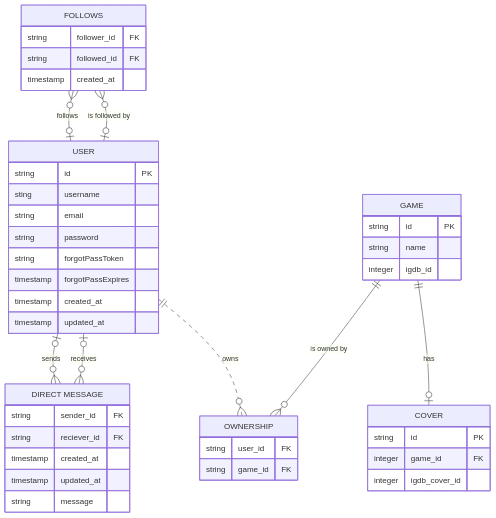
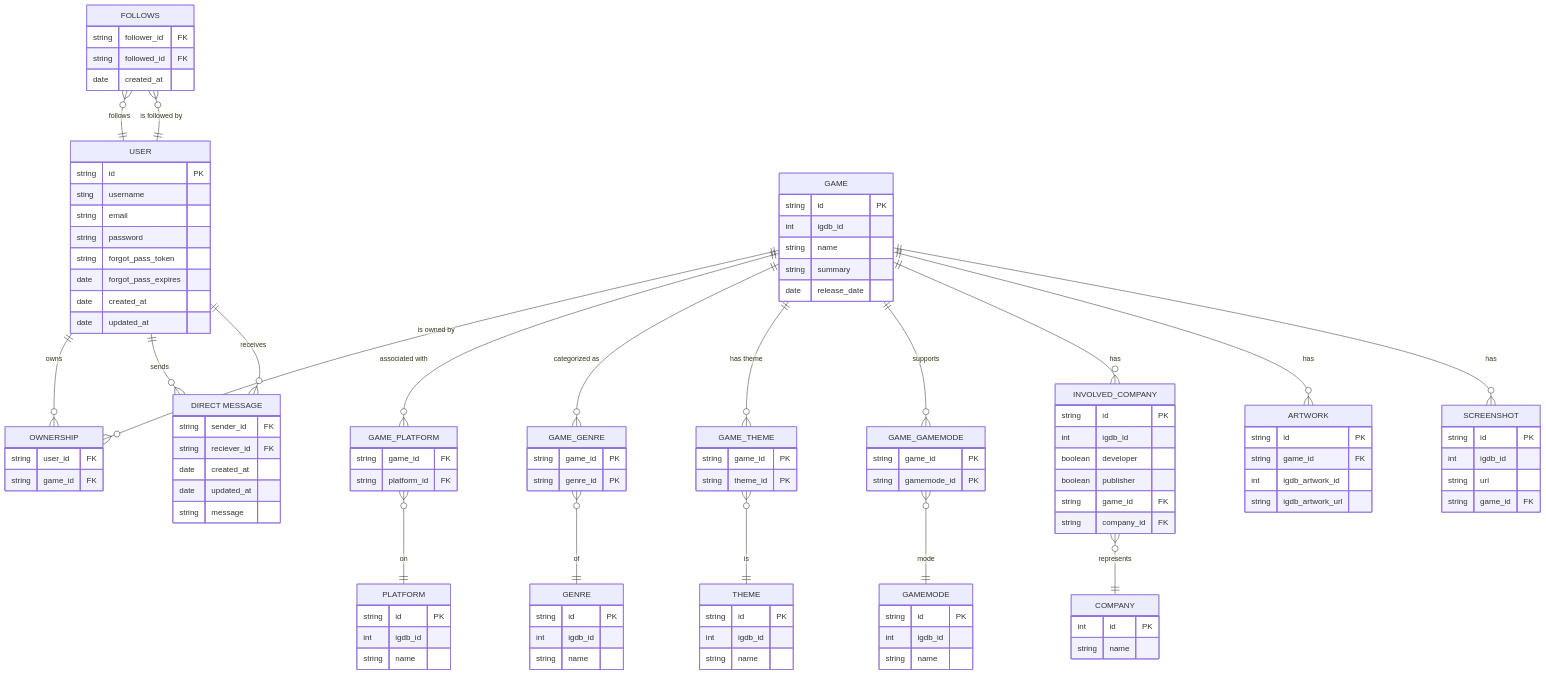
Before and after one commit to Guilherme-Jorge/save-point-backend: the diagram in docs/er-diagram.md, drawn with Mermaid.

Commit message:
docs: finished adding the relations based on the IGDB database

````diff
--- a/docs/er-diagram.md
+++ b/docs/er-diagram.md
@@ -1,55 +1,167 @@
 ```mermaid
 erDiagram
+    %% User of SavePoint
     USER {
         string id PK
         sting username
         string email
         string password
-        string forgotPassToken
-        timestamp forgotPassExpires
-        timestamp created_at
-        timestamp updated_at
+        string forgot_pass_token
+        date forgot_pass_expires
+        date created_at
+        date updated_at
     }
 
-    GAME {
-        string id PK
-        string name
-        integer igdb_id
-    }
-
-    COVER {
-        string id PK
-        integer game_id FK
-        integer igdb_cover_id
-    }
-
+    %% User's game library
     OWNERSHIP {
         string user_id FK
         string game_id FK
     }
 
-    FOLLOWS{
+    %% Main game entry
+    GAME {
+        string id PK
+        int igdb_id
+        string name
+        string summary
+        date release_date
+    }
+
+    %% Game and Genre relationship
+    GAME_GENRE {
+        string game_id PK
+        string genre_id PK
+    }
+
+    %% Genre classification
+    GENRE {
+        string id PK
+        int igdb_id
+        string name
+    }
+
+    %% Game and Theme relationship
+    GAME_THEME {
+        string game_id PK
+        string theme_id PK
+    }
+
+    %% Themes, as in Horror, Sci-Fi etc.
+    THEME {
+        string id PK
+        int igdb_id
+        string name
+    }
+
+    %% Game and Game Mode relationship
+    GAME_GAMEMODE {
+        string game_id PK
+        string gamemode_id PK
+    }
+
+    %% Game modes, including Single-player, Multiplayer etc.
+    GAMEMODE {
+        string id PK
+        int igdb_id
+        string name
+    }
+
+    %% Game and Platform relationship
+    GAME_PLATFORM {
+        string game_id FK
+        string platform_id FK
+    }
+
+    %% Platform where games are available
+    PLATFORM {
+        string id PK
+        int igdb_id
+        string name
+    }
+
+    %% Links games with companies and their roles
+    INVOLVED_COMPANY {
+        string id PK
+        int igdb_id
+        boolean developer
+        boolean publisher
+        string game_id FK
+        string company_id FK
+    }
+
+    %% Developers, publishers etc.
+    COMPANY {
+        int id PK
+        string name
+    }
+
+    %% Artwork, including artworks, featured images etc.
+    ARTWORK {
+        string id PK
+        string game_id FK
+        int igdb_artwork_id
+        string igdb_artwork_url
+    }
+
+    %% Screenshots from the game
+    SCREENSHOT {
+        string id PK
+        int igdb_id
+        string url
+        string game_id FK
+    }
+
+    %% USER and USER relationship for follow system
+    FOLLOWS {
         string follower_id FK
         string followed_id FK
-        timestamp created_at
+        date created_at
     }
 
+    %% USER and USER relationship for direct messaging system
     "DIRECT MESSAGE" {
         string sender_id FK
         string reciever_id FK
-        timestamp created_at
-        timestamp updated_at
+        date created_at
+        date updated_at
         string message
     }
 
-    USER ||..o{ OWNERSHIP : owns
+    %% USER <-> GAME via OWNERSHIP
+    USER ||--o{ OWNERSHIP : owns
     GAME ||--o{ OWNERSHIP : "is owned by"
 
-    GAME ||--o| COVER : has
+    %% GAME <-> PLATFORM via GAME_PLATFORM
+    GAME ||--o{ GAME_PLATFORM : "associated with"
+    GAME_PLATFORM }o--|| PLATFORM : on
 
-    FOLLOWS }o--o| USER : follows
-    FOLLOWS }o--o| USER : "is followed by"
+    %% GAME <-> GENRE via GAME_GENRE
+    GAME ||--o{ GAME_GENRE : "categorized as"
+    GAME_GENRE }o--|| GENRE : of
 
-    USER |o--o{ "DIRECT MESSAGE" : sends
-    USER |o--o{ "DIRECT MESSAGE" : receives
+    %% GAME <-> THEME via GAME_THEME
+    GAME ||--o{ GAME_THEME : "has theme"
+    GAME_THEME }o--|| THEME : is
+
+    %% GAME <-> GAMEMODE via GAME_GAMEMODE
+    GAME ||--o{ GAME_GAMEMODE : supports
+    GAME_GAMEMODE }o--|| GAMEMODE : mode
+
+    %% GAME <-> COMPANY via INVOLVED_COMPANY
+    GAME ||--o{ INVOLVED_COMPANY : has
+    INVOLVED_COMPANY }o--|| COMPANY : represents
+
+    %% GAME <-> ARTWORK
+    GAME ||--o{ ARTWORK : has
+
+    %% GAME <-> SCREENSHOT
+    GAME ||--o{ SCREENSHOT : "has"
+
+    %% FOLLOWS/FOLLOWED from USER
+    FOLLOWS }o--|| USER : follows
+    FOLLOWS }o--|| USER : "is followed by"
+
+    %% DIRECT MESSAGES from USER
+    USER ||--o{ "DIRECT MESSAGE" : sends
+    USER ||--o{ "DIRECT MESSAGE" : receives
 ```
````
